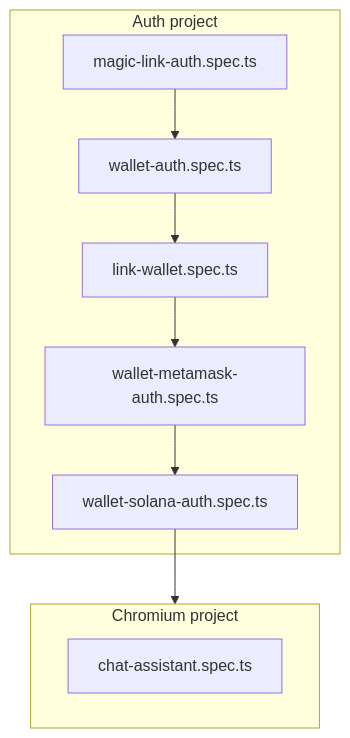
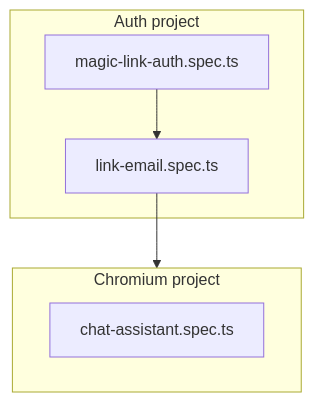
One commit to blockmatic/basilic changed the diagram in apps/docu/content/docs/testing/e2e-testing.mdx. Above: the diagram before and after it, drawn with Mermaid. The commit also changed other lines of this file and 95 other files, not shown here.

````diff
--- a/apps/docu/content/docs/testing/e2e-testing.mdx
+++ b/apps/docu/content/docs/testing/e2e-testing.mdx
@@ -102,16 +99,13 @@
 ```mermaid
 flowchart TB
   subgraph AuthProj [Auth project]
     MagicLinkAuth[magic-link-auth.spec.ts]
-    WalletAuth[wallet-auth.spec.ts]
-    LinkWallet[link-wallet.spec.ts]
-    WalletMetaMask[wallet-metamask-auth.spec.ts]
-    WalletSolana[wallet-solana-auth.spec.ts]
+    LinkEmail[link-email.spec.ts]
   end
 
   subgraph ChromiumProj [Chromium project]
     ChatAssistant[chat-assistant.spec.ts]
   end
 
-  MagicLinkAuth --> WalletAuth --> LinkWallet --> WalletMetaMask --> WalletSolana --> ChromiumProj
+  MagicLinkAuth --> LinkEmail --> ChromiumProj
 ```
````
